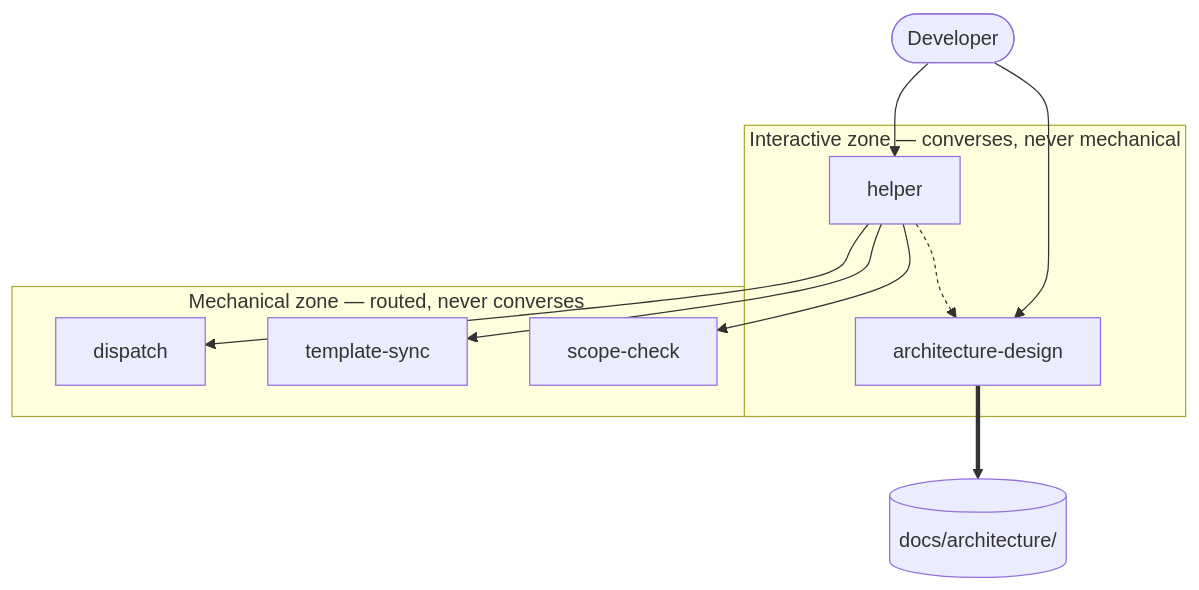
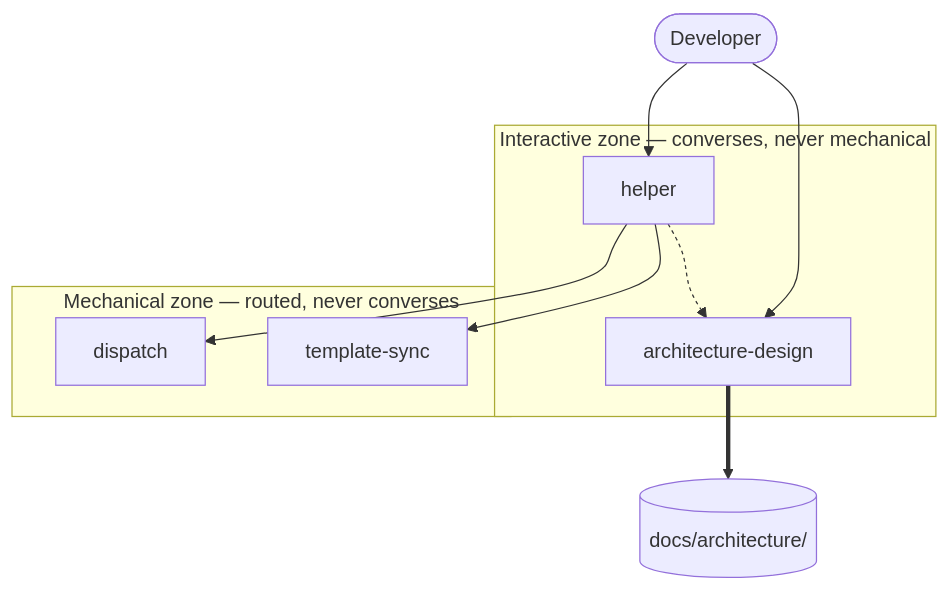
The diagram in docs/architecture/process.md (demaconsulting/Anneal), drawn with Mermaid before and after one commit. The commit also changed other lines of this file and 11 other files, not shown here.

````diff
--- a/docs/architecture/process.md
+++ b/docs/architecture/process.md
@@ -106,28 +106,26 @@
 ```mermaid
 flowchart TD
     User(["Developer"])
 
     subgraph Interactive["Interactive zone — converses, never mechanical"]
         Helper[helper]
         ArchDesign[architecture-design]
     end
 
     subgraph Mechanical["Mechanical zone — routed, never converses"]
         Dispatch[dispatch]
-        ScopeCheck[scope-check]
         TemplateSync[template-sync]
     end
 
     Tree[("docs/architecture/")]
 
     User --> Helper
     User --> ArchDesign
     Helper --> Dispatch
     Helper --> TemplateSync
-    Helper --> ScopeCheck
 
     Helper -.-> ArchDesign
     ArchDesign ==> Tree
 
-    linkStyle 5 stroke-dasharray: 3 3
+    linkStyle 4 stroke-dasharray: 3 3
 ```
````
